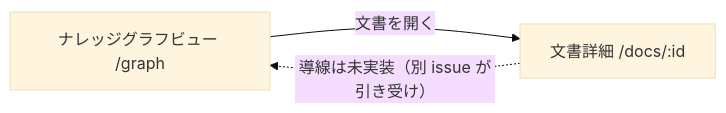
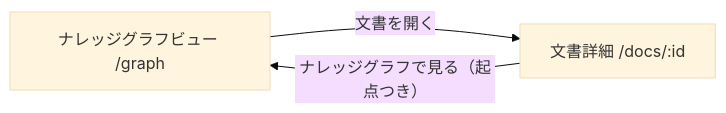
Before and after one commit to endazon/microservices-platform: the diagram in docs/screens/SC-18_knowledge-graph.md, drawn with Mermaid (base theme). The commit also changed other lines of this file and 14 other files, not shown here.

````diff
--- a/docs/screens/SC-18_knowledge-graph.md
+++ b/docs/screens/SC-18_knowledge-graph.md
@@ -117,5 +122,5 @@
 ```mermaid
 flowchart LR
   S1[ナレッジグラフビュー /graph] -- 文書を開く --> S2[文書詳細 /docs/:id]
-  S2 -. 導線は未実装（別 issue が引き受け） .-> S1
+  S2 -- ナレッジグラフで見る（起点つき） --> S1
 ```
````
